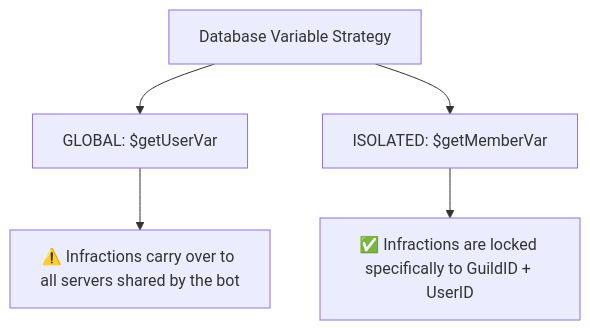
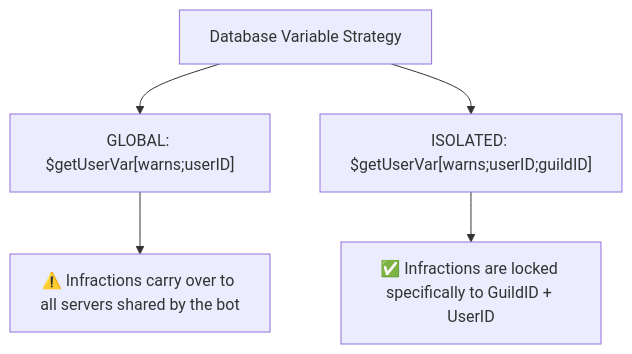
Before and after one commit to ketsuna-org/vitrine: the diagram in _posts/2026-05-30-how-to-build-a-moderation-warn-system-in-bdfd.md, drawn with Mermaid. The commit also changed other lines of this file and 1 other file, not shown here.

First line of the commit message:
fix: replace non-existent $getMemberVar/$setMemberVar with real BDFD syntax

````diff
--- a/_posts/2026-05-30-how-to-build-a-moderation-warn-system-in-bdfd.md
+++ b/_posts/2026-05-30-how-to-build-a-moderation-warn-system-in-bdfd.md
@@ -27,7 +25,7 @@
 ```mermaid
 graph TD
-    A[Database Variable Strategy] --> B[GLOBAL: $getUserVar]
-    A --> C[ISOLATED: $getMemberVar]
+    A[Database Variable Strategy] --> B["GLOBAL: $getUserVar[warns;userID]"]
+    A --> C["ISOLATED: $getUserVar[warns;userID;guildID]"]
     B --> D[⚠️ Infractions carry over to all servers shared by the bot]
     C --> E[✅ Infractions are locked specifically to GuildID + UserID]
 ```
````
